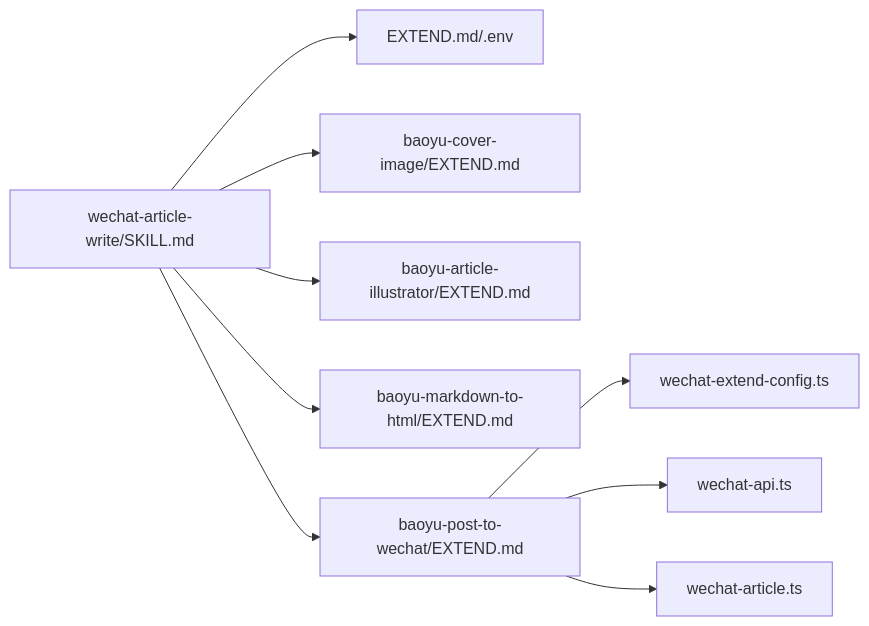
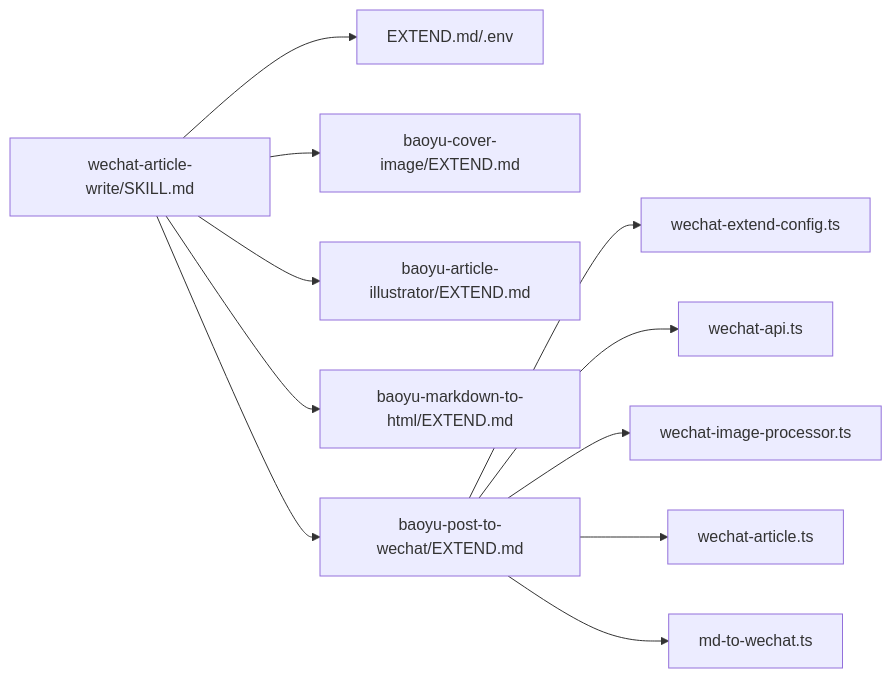
One commit to NTLx/ntlx.github.io changed diagram 11 of 11 in .qoder/repowiki/zh/content/AI 技能系统/发布自动化技能/微信文章写作管线.md. Above: the diagram before and after it, drawn with Mermaid. The commit also changed other lines of this file and 7 other files, not shown here.

````diff
--- a/.qoder/repowiki/zh/content/AI 技能系统/发布自动化技能/微信文章写作管线.md
+++ b/.qoder/repowiki/zh/content/AI 技能系统/发布自动化技能/微信文章写作管线.md
@@ -305,11 +397,13 @@
 ```mermaid
 graph LR
 WAW["wechat-article-write/SKILL.md"] --> EXT["EXTEND.md/.env"]
 WAW --> BI["baoyu-cover-image/EXTEND.md"]
 WAW --> BA["baoyu-article-illustrator/EXTEND.md"]
 WAW --> BM["baoyu-markdown-to-html/EXTEND.md"]
 WAW --> BP["baoyu-post-to-wechat/EXTEND.md"]
 BP --> WEC["wechat-extend-config.ts"]
 BP --> WAPI["wechat-api.ts"]
+BP --> WIP["wechat-image-processor.ts"]
 BP --> WART["wechat-article.ts"]
+BP --> MDW["md-to-wechat.ts"]
 ```
````
